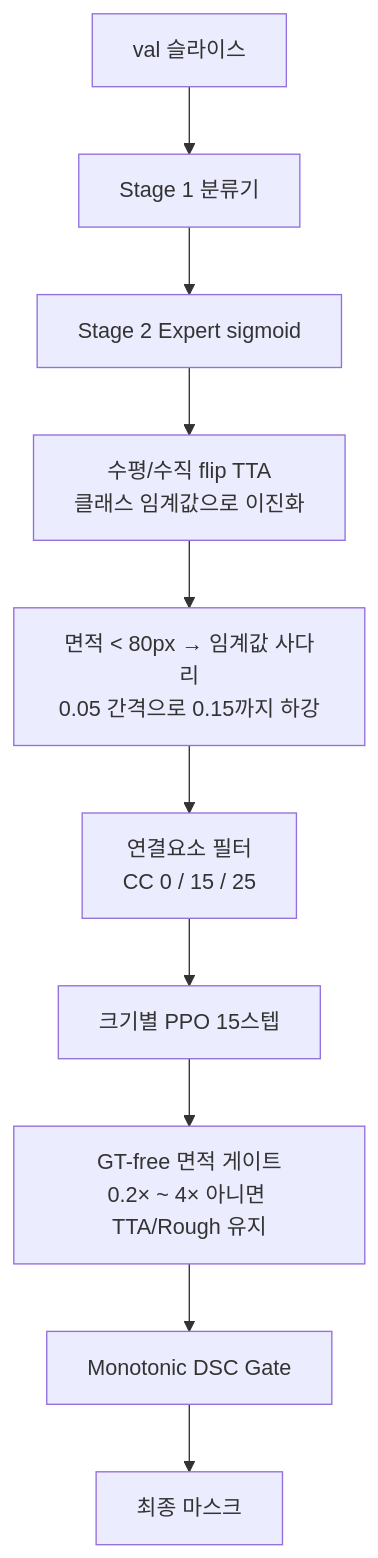
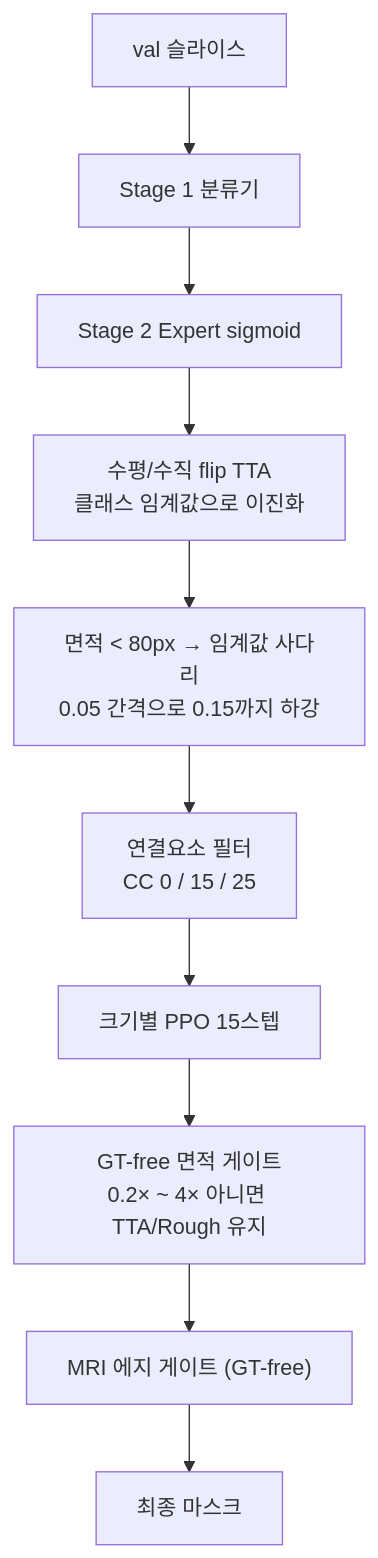
The second of 2 diagrams in docs/PIPELINE.md (aninsung/2026-summer-Interdepartmental-Academic-Conference), drawn with Mermaid before and after one commit. The commit also changed other lines of this file and 31 other files, not shown here.

````diff
--- a/docs/PIPELINE.md
+++ b/docs/PIPELINE.md
@@ -301,12 +308,12 @@
 ```mermaid
 flowchart TD
     IN["val 슬라이스"] --> CLS["Stage 1 분류기"]
     CLS --> EXP["Stage 2 Expert sigmoid"]
     EXP --> TTA["수평/수직 flip TTA<br/>클래스 임계값으로 이진화"]
     TTA --> MICRO["면적 &lt; 80px → 임계값 사다리<br/>0.05 간격으로 0.15까지 하강"]
     MICRO --> COMP["연결요소 필터<br/>CC 0 / 15 / 25"]
     COMP --> PPO["크기별 PPO 15스텝"]
     PPO --> AREA["GT-free 면적 게이트<br/>0.2× ~ 4× 아니면 TTA/Rough 유지"]
-    AREA --> GATE["Monotonic DSC Gate"]
+    AREA --> GATE["MRI 에지 게이트 (GT-free)"]
     GATE --> OUT["최종 마스크"]
 ```
````
